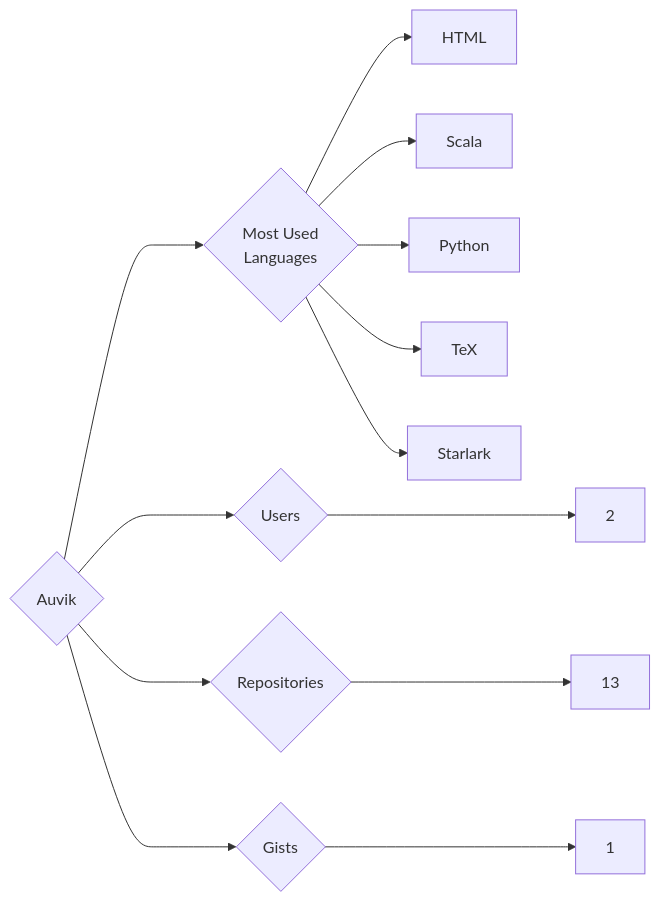
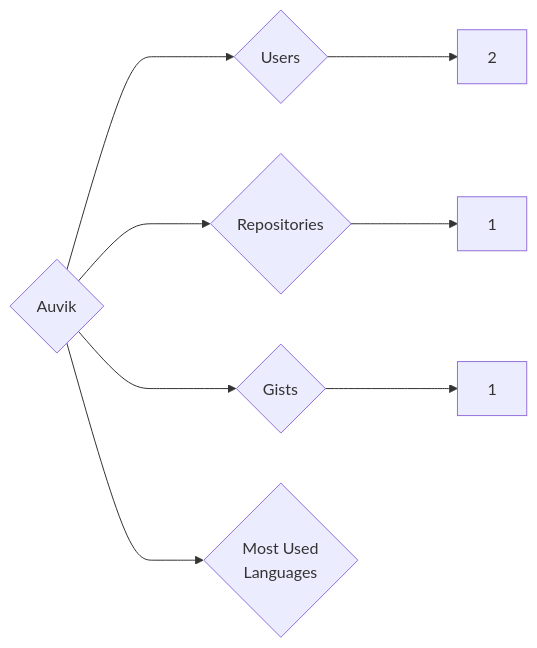
Before and after one commit to trickest/insiders: the diagram in targets/Auvik/README.md, drawn with Mermaid. The commit also changed 916 other files, not shown here.

````diff
--- a/targets/Auvik/README.md
+++ b/targets/Auvik/README.md
@@ -3,13 +3,8 @@
 ```mermaid
 graph LR
 COMPANY_NAME{Auvik}
 COMPANY_NAME ---> U{Users} ---> UN[2]
-COMPANY_NAME ---> R{Repositories} ---> RN[13]
+COMPANY_NAME ---> R{Repositories} ---> RN[1]
 COMPANY_NAME ---> G{Gists} ---> GN[1]
 COMPANY_NAME ---> ML{Most Used<br>Languages}
-ML --> HTML[HTML]
-ML --> Scala[Scala]
-ML --> Python[Python]
-ML --> TeX[TeX]
-ML --> Starlark[Starlark]
 ```
````
